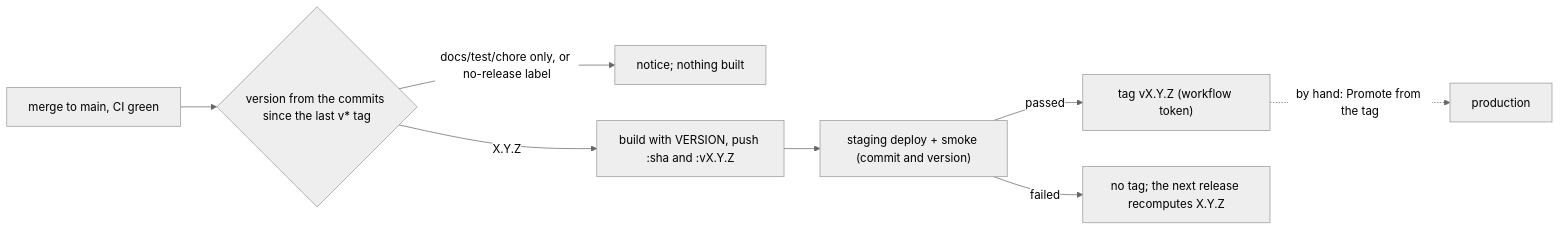
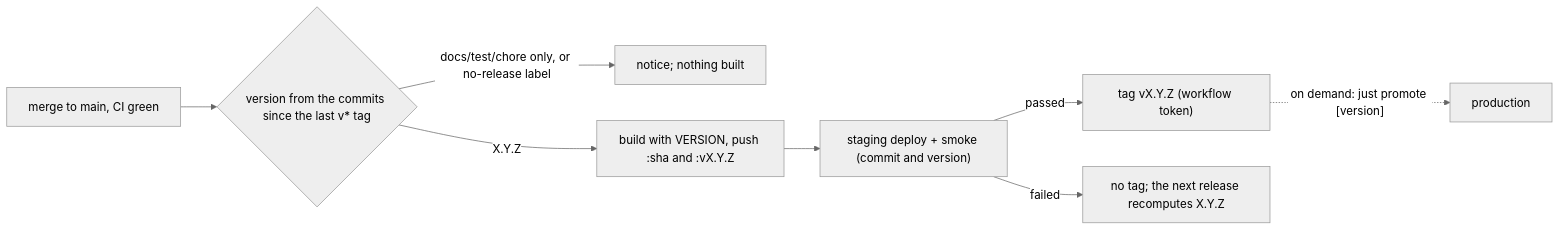
The diagram in docs/deploy.md (ceffo/critical), drawn with Mermaid (neutral theme) before and after one commit. The commit also changed other lines of this file and 10 other files, not shown here.

First line of the commit message:
feat(deploy): promote to production on demand, newest staging version or the one asked (critical-8g1.17) (#236)

````diff
--- a/docs/deploy.md
+++ b/docs/deploy.md
@@ -315,10 +338,10 @@
 ```mermaid
 flowchart LR
     M["merge to main, CI green"] --> V{"version from the commits since the last v* tag"}
     V -->|"docs/test/chore only, or no-release label"| N["notice; nothing built"]
     V -->|"X.Y.Z"| B["build with VERSION, push :sha and :vX.Y.Z"]
     B --> S["staging deploy + smoke (commit and version)"]
     S -->|passed| T["tag vX.Y.Z (workflow token)"]
     S -->|failed| F["no tag; the next release recomputes X.Y.Z"]
-    T -.->|"by hand: Promote from the tag"| P["production"]
+    T -.->|"on demand: just promote [version]"| P["production"]
 ```
````
